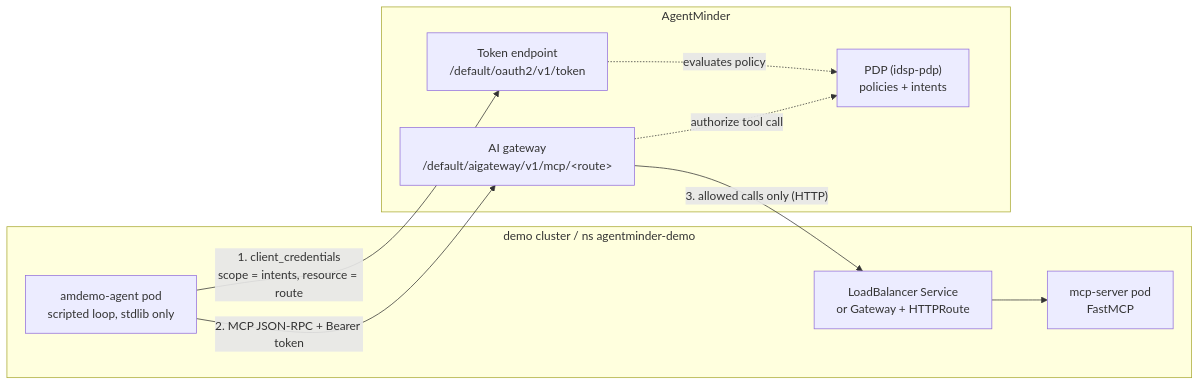
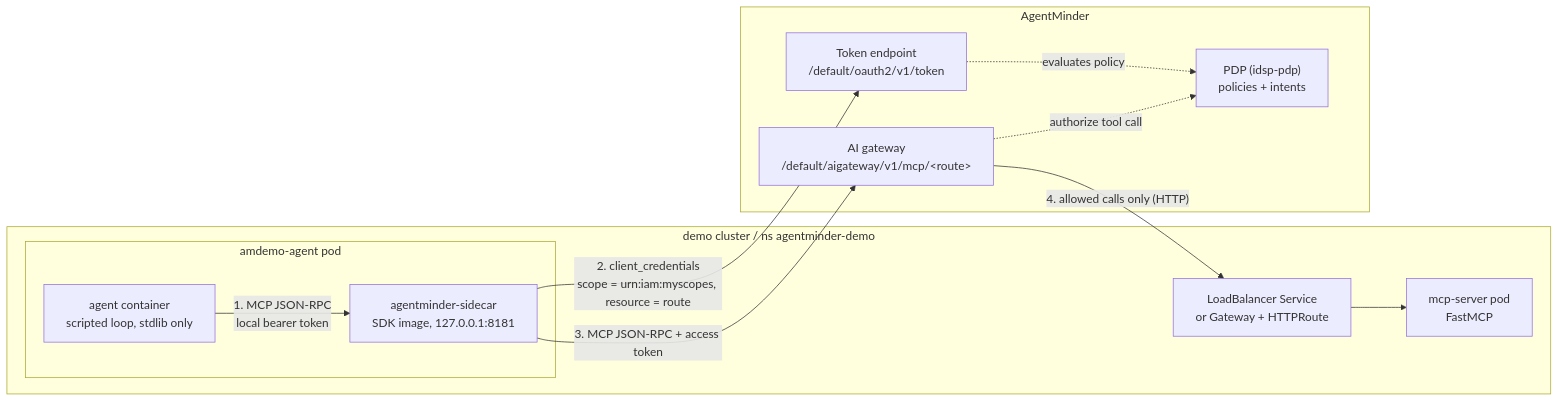
The first of 3 diagrams in docs/how-agentminder-works.md (warroyo/agentminder-ansible-demo), drawn with Mermaid before and after one commit. The commit also changed other lines of this file and 13 other files, not shown here.

First line of the commit message:
Run the agent with the AgentMinder SDK sidecar

````diff
--- a/docs/how-agentminder-works.md
+++ b/docs/how-agentminder-works.md
@@ -36,19 +38,23 @@
 ```mermaid
 flowchart LR
   subgraph dev["demo cluster / ns agentminder-demo"]
-    agent["amdemo-agent pod<br/>scripted loop, stdlib only"]
+    subgraph pod["amdemo-agent pod"]
+      agent["agent container<br/>scripted loop, stdlib only"]
+      sidecar["agentminder-sidecar<br/>SDK image, 127.0.0.1:8181"]
+    end
     gw["LoadBalancer Service<br/>or Gateway + HTTPRoute"]
     mcp["mcp-server pod<br/>FastMCP"]
   end
   subgraph am["AgentMinder"]
     token["Token endpoint<br/>/default/oauth2/v1/token"]
     aigw["AI gateway<br/>/default/aigateway/v1/mcp/&lt;route&gt;"]
     pdp["PDP (idsp-pdp)<br/>policies + intents"]
   end
-  agent -- "1. client_credentials<br/>scope = intents, resource = route" --> token
+  agent -- "1. MCP JSON-RPC<br/>local bearer token" --> sidecar
+  sidecar -- "2. client_credentials<br/>scope = urn:iam:myscopes, resource = route" --> token
   token -. "evaluates policy" .-> pdp
-  agent -- "2. MCP JSON-RPC + Bearer token" --> aigw
+  sidecar -- "3. MCP JSON-RPC + access token" --> aigw
   aigw -. "authorize tool call" .-> pdp
-  aigw -- "3. allowed calls only (HTTP)" --> gw
+  aigw -- "4. allowed calls only (HTTP)" --> gw
   gw --> mcp
 ```
````
